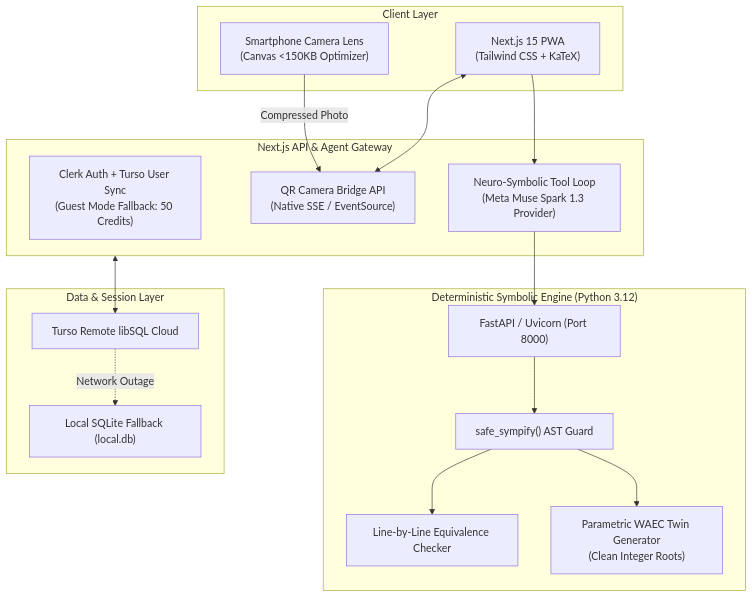
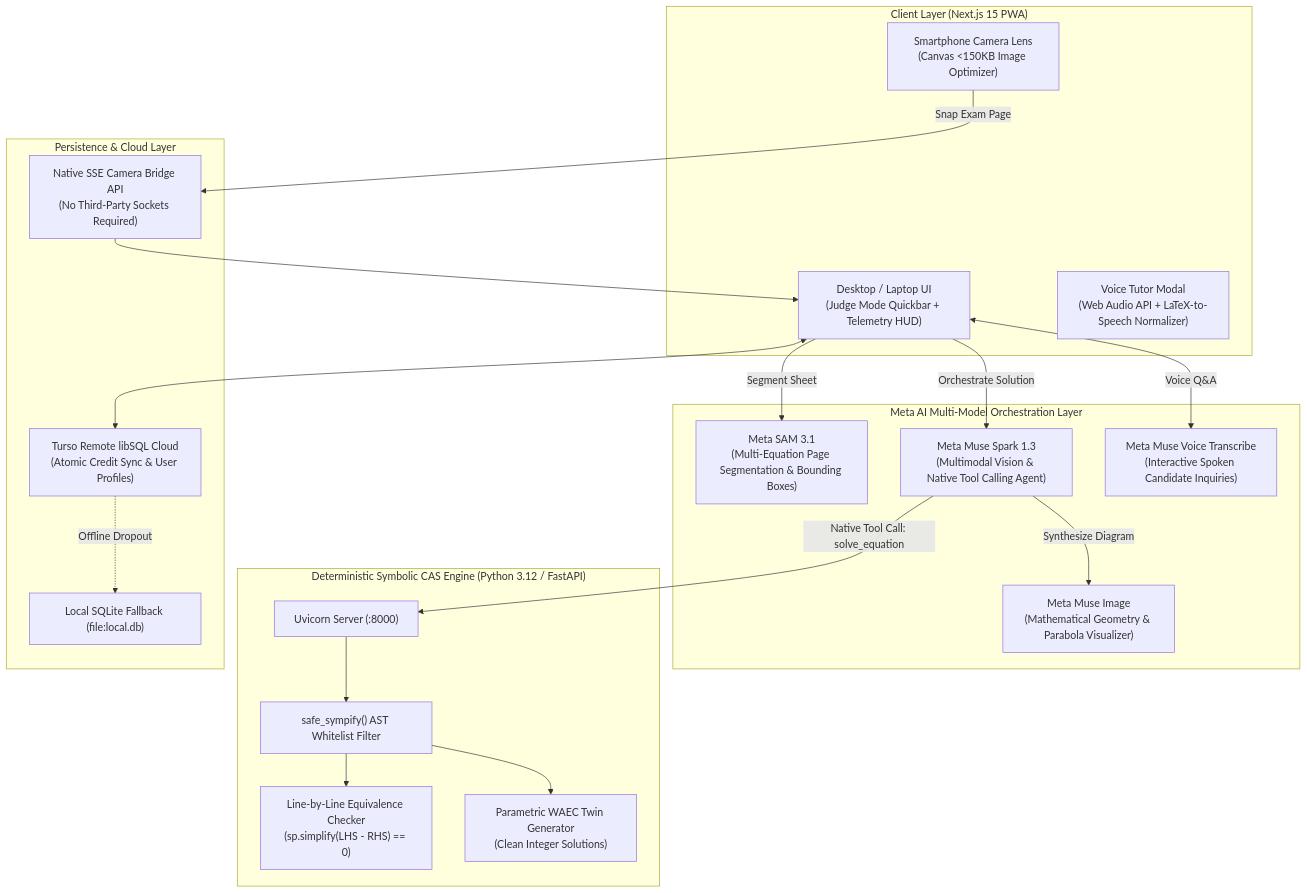
Before and after one commit to tochi-3000/SolveIt: the diagram in README.md, drawn with Mermaid. The commit also changed other lines of this file, not shown here.

Commit message:
docs: expand README with 1-click Judge Mode quickstart, Meta AI tooling matrix, and judging rubric mapping

````diff
--- a/README.md
+++ b/README.md
@@ -30,33 +46,38 @@
 ```mermaid
 flowchart TB
-    subgraph Client ["Client Layer"]
-        Web["Next.js 15 PWA\n(Tailwind CSS + KaTeX)"]
-        Mobile["Smartphone Camera Lens\n(Canvas <150KB Optimizer)"]
+    subgraph Client ["Client Layer (Next.js 15 PWA)"]
+        Web["Desktop / Laptop UI\n(Judge Mode Quickbar + Telemetry HUD)"]
+        Mobile["Smartphone Camera Lens\n(Canvas <150KB Image Optimizer)"]
+        VoiceIO["Voice Tutor Modal\n(Web Audio API + LaTeX-to-Speech Normalizer)"]
     end
 
-    subgraph Gateway ["Next.js API & Agent Gateway"]
-        Auth["Clerk Auth + Turso User Sync\n(Guest Mode Fallback: 50 Credits)"]
-        QRBridge["QR Camera Bridge API\n(Native SSE / EventSource)"]
-        AIOrch["Neuro-Symbolic Tool Loop\n(Meta Muse Spark 1.3 Provider)"]
+    subgraph MetaAI ["Meta AI Multi-Model Orchestration Layer"]
+        SAM["Meta SAM 3.1\n(Multi-Equation Page Segmentation & Bounding Boxes)"]
+        MuseSpark["Meta Muse Spark 1.3\n(Multimodal Vision & Native Tool Calling Agent)"]
+        MuseVoice["Meta Muse Voice Transcribe\n(Interactive Spoken Candidate Inquiries)"]
+        MuseImg["Meta Muse Image\n(Mathematical Geometry & Parabola Visualizer)"]
     end
 
-    subgraph Symbolic ["Deterministic Symbolic Engine (Python 3.12)"]
-        FastAPI["FastAPI / Uvicorn (Port 8000)"]
-        ASTGuard["safe_sympify() AST Guard"]
-        StepVerifier["Line-by-Line Equivalence Checker"]
-        TwinGen["Parametric WAEC Twin Generator\n(Clean Integer Roots)"]
+    subgraph Symbolic ["Deterministic Symbolic CAS Engine (Python 3.12 / FastAPI)"]
+        FastAPI["Uvicorn Server (:8000)"]
+        ASTGuard["safe_sympify() AST Whitelist Filter"]
+        StepVerifier["Line-by-Line Equivalence Checker\n(sp.simplify(LHS - RHS) == 0)"]
+        TwinGen["Parametric WAEC Twin Generator\n(Clean Integer Solutions)"]
     end
 
-    subgraph Persistence ["Data & Session Layer"]
-        Turso["Turso Remote libSQL Cloud"]
-        SQLiteFallback["Local SQLite Fallback (local.db)"]
+    subgraph Persistence ["Persistence & Cloud Layer"]
+        Turso["Turso Remote libSQL Cloud\n(Atomic Credit Sync & User Profiles)"]
+        LocalSQLite["Local SQLite Fallback (file:local.db)"]
+        SSEBridge["Native SSE Camera Bridge API\n(No Third-Party Sockets Required)"]
     end
 
-    Web <--> QRBridge
-    Mobile -->|"Compressed Photo"| QRBridge
-    Web --> AIOrch
-    AIOrch --> FastAPI
+    Mobile -->|"Snap Exam Page"| SSEBridge --> Web
+    Web -->|"Segment Sheet"| SAM
+    Web -->|"Orchestrate Solution"| MuseSpark
+    MuseSpark -->|"Native Tool Call: solve_equation"| FastAPI
     FastAPI --> ASTGuard --> StepVerifier & TwinGen
-    Gateway <--> Turso
-    Turso -.->|"Network Outage"| SQLiteFallback
+    MuseSpark -->|"Synthesize Diagram"| MuseImg
+    Web <-->|"Voice Q&A"| MuseVoice
+    Web <--> Turso
+    Turso -.->|"Offline Dropout"| LocalSQLite
 ```
````
